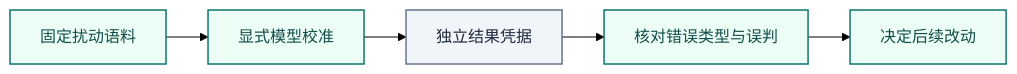
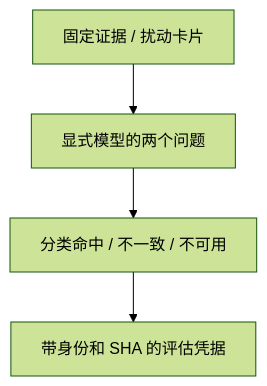
Before and after one commit to AnalyThothAI/tracefold: the diagram in docs/modules/review.md, drawn with Mermaid (forest theme). The commit also changed other lines of this file and 46 other files, not shown here.

Commit message:
docs: align handbook with current architecture and remove obsolete materials

````diff
--- a/docs/modules/review.md
+++ b/docs/modules/review.md
@@ -25,25 +19,14 @@
 ```mermaid
 ---
 config:
   fontFamily: "system-ui, Noto Sans CJK SC, Microsoft YaHei, WenQuanYi Zen Hei, sans-serif"
   flowchart:
     curve: linear
-    nodeSpacing: 28
-    rankSpacing: 42
 ---
-flowchart LR
-    accTitle: 固定语料校准
-    accDescr: 固定扰动语料经显式选择模型运行，产生独立结果凭据，供核对错误类型和决定后续改动。
-    Corpus["固定扰动语料"] --> Run["显式模型校准"]
-    Run --> Receipt["独立结果凭据"]
-    Receipt --> Compare["核对错误类型与误判"]
-    Compare --> Human["决定后续改动"]
-
-    classDef news fill:#ecfdf5,stroke:#0f766e,color:#134e4a,stroke-width:1.5px
-    classDef research fill:#eef2ff,stroke:#6366f1,color:#312e81,stroke-width:1.5px
-    classDef execution fill:#fff7ed,stroke:#c2410c,color:#7c2d12,stroke-width:1.5px
-    classDef store fill:#f1f5f9,stroke:#64748b,color:#1e293b,stroke-width:1.5px
-    classDef external fill:#f8fafc,stroke:#94a3b8,color:#334155,stroke-dasharray:4 3
-class Corpus,Run,Compare,Human news;
-class Receipt store;
+flowchart TB
+  accTitle: 卡片评审器的固定语料校准
+  accDescr: 固定证据和扰动卡片经显式模型回答事实支持与关键事实覆盖两个问题，分类统计输出独立评估凭据，不修改生产事实或激活模型。
+  C[固定证据 / 扰动卡片] --> J[显式模型的两个问题]
+  J --> R[分类命中 / 不一致 / 不可用]
+  R --> P[带身份和 SHA 的评估凭据]
 ```
````
